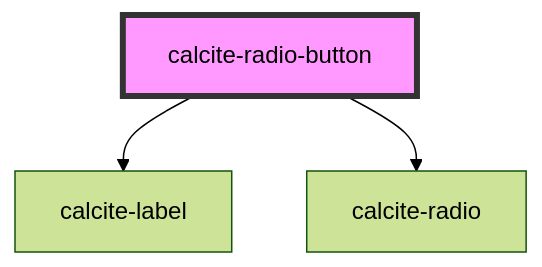
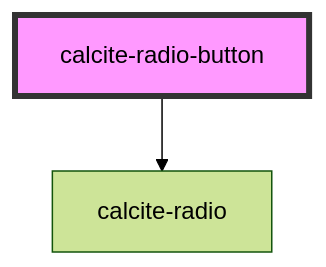
One commit to vikivakarvc/calcite-design-system changed the diagram in src/components/calcite-radio-button/readme.md. Above: the diagram before and after it, drawn with Mermaid (forest theme). The commit also changed other lines of this file and 60 other files, not shown here.

````diff
--- a/src/components/calcite-radio-button/readme.md
+++ b/src/components/calcite-radio-button/readme.md
@@ -44,6 +42,5 @@
 ```mermaid
 graph TD;
-  calcite-radio-button --> calcite-label
   calcite-radio-button --> calcite-radio
   style calcite-radio-button fill:#f9f,stroke:#333,stroke-width:4px
 ```
````
